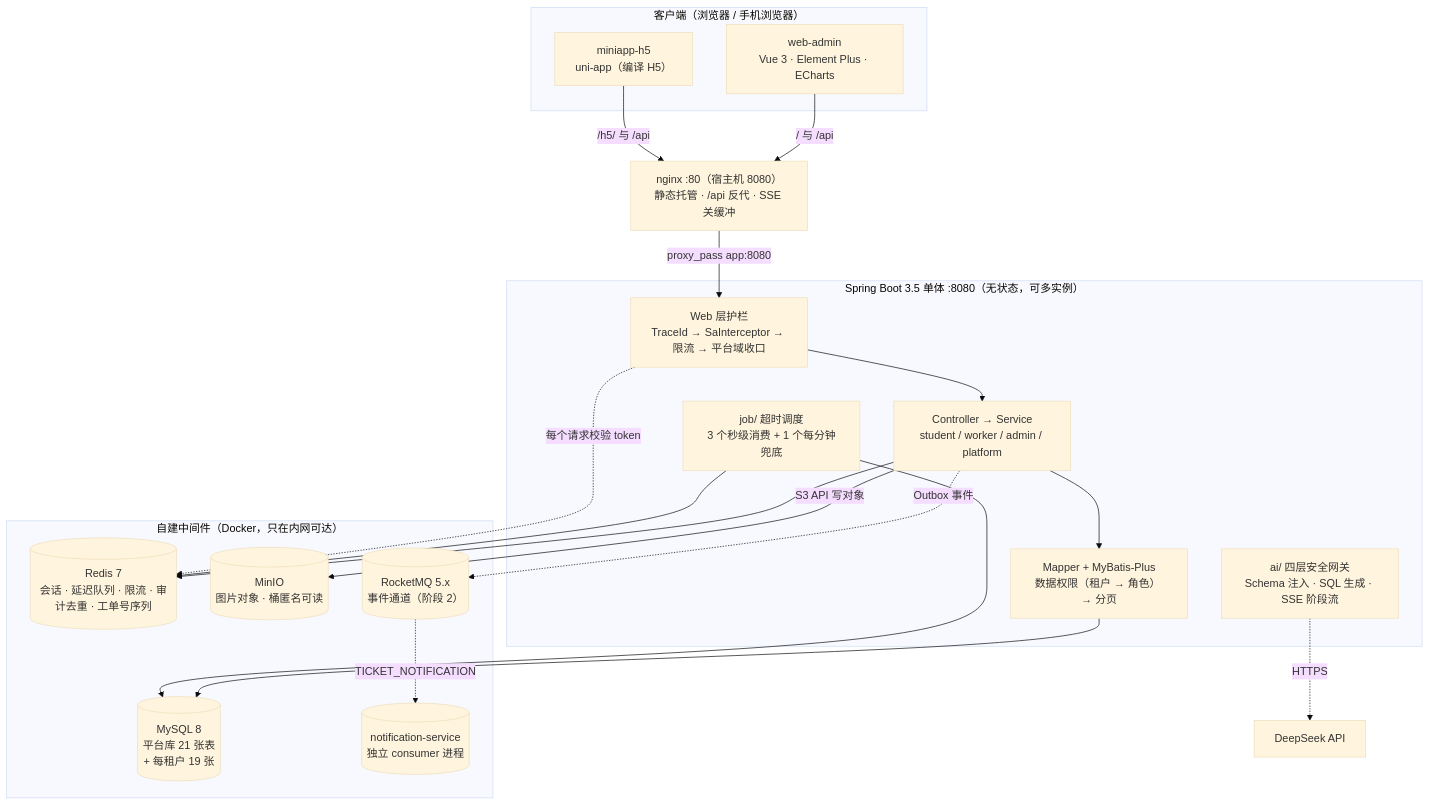
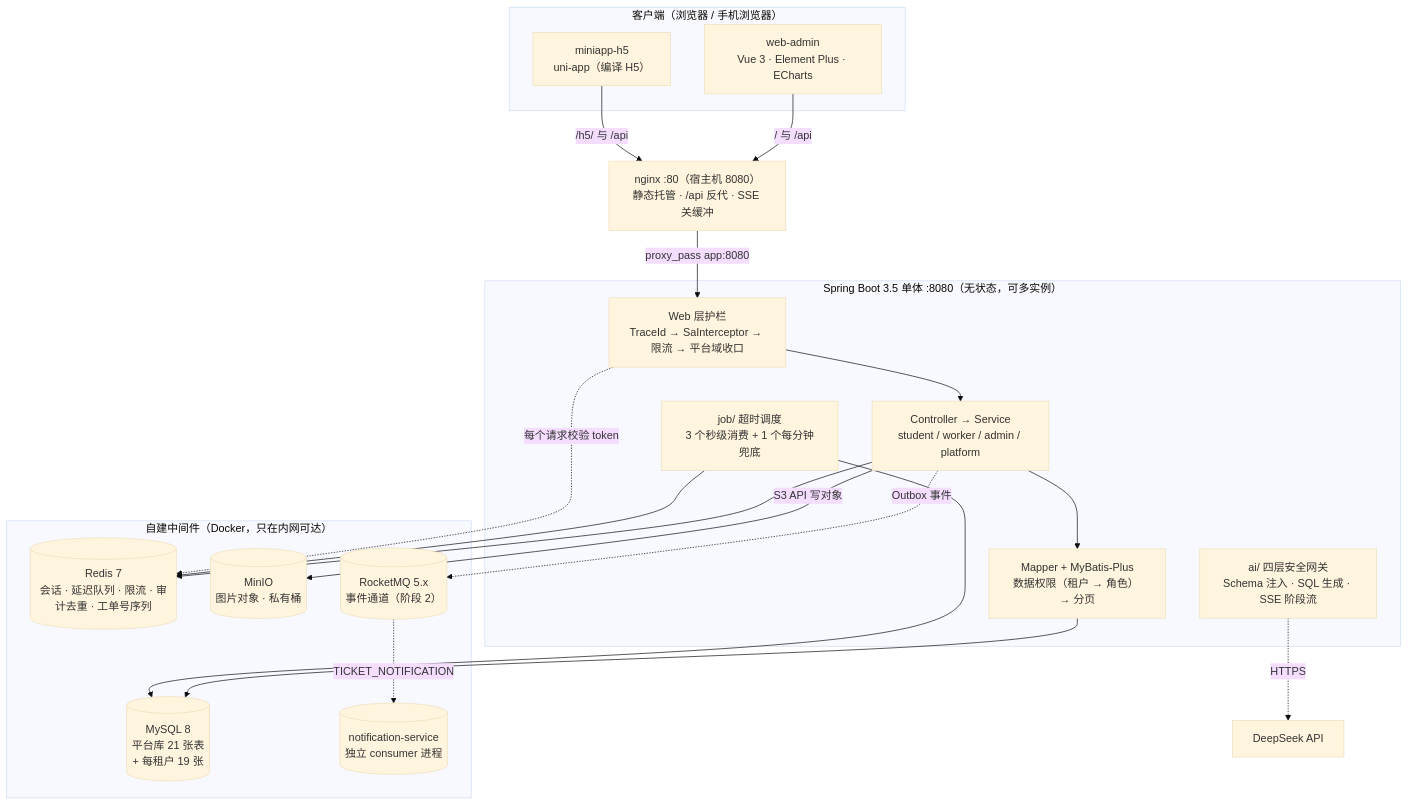
Before and after one commit to bluemalic/repair-platform: the diagram in README.md, drawn with Mermaid (base theme). The commit also changed 23 other files, not shown here.

````diff
--- a/README.md
+++ b/README.md
@@ -67,42 +67,42 @@
 ```mermaid
 flowchart TB
     subgraph client["客户端（浏览器 / 手机浏览器）"]
         adminApp["web-admin<br/>Vue 3 · Element Plus · ECharts"]
         h5App["miniapp-h5<br/>uni-app（编译 H5）"]
     end
 
     nginx["nginx :80（宿主机 8080）<br/>静态托管 · /api 反代 · SSE 关缓冲"]
 
     subgraph boot["Spring Boot 3.5 单体 :8080（无状态，可多实例）"]
         guard["Web 层护栏<br/>TraceId → SaInterceptor → 限流 → 平台域收口"]
         biz["Controller → Service<br/>student / worker / admin / platform"]
         orm["Mapper + MyBatis-Plus<br/>数据权限（租户 → 角色） → 分页"]
         sched["job/ 超时调度<br/>3 个秒级消费 + 1 个每分钟兜底"]
         aiPkg["ai/ 四层安全网关<br/>Schema 注入 · SQL 生成 · SSE 阶段流"]
     end
 
     subgraph infra["自建中间件（Docker，只在内网可达）"]
         mysql[("MySQL 8<br/>平台库 21 张表<br/>+ 每租户 19 张")]
         redis[("Redis 7<br/>会话 · 延迟队列 · 限流 · 审计去重 · 工单号序列")]
-        minio[("MinIO<br/>图片对象 · 桶匿名可读")]
+        minio[("MinIO<br/>图片对象 · 私有桶")]
         rocketmq[("RocketMQ 5.x<br/>事件通道（阶段 2）")]
         notification[("notification-service<br/>独立 consumer 进程")]
     end
 
     deepseek["DeepSeek API"]
 
     adminApp -->|"/ 与 /api"| nginx
     h5App -->|"/h5/ 与 /api"| nginx
     nginx -->|"proxy_pass app:8080"| guard
     guard --> biz
     biz --> orm
     orm --> mysql
     biz --> redis
     biz -->|"S3 API 写对象"| minio
     biz -.->|"Outbox 事件"| rocketmq
     rocketmq -.->|"TICKET_NOTIFICATION"| notification
     sched --> redis
     sched --> mysql
     guard -.->|"每个请求校验 token"| redis
     aiPkg -.->|"HTTPS"| deepseek
 ```
````
